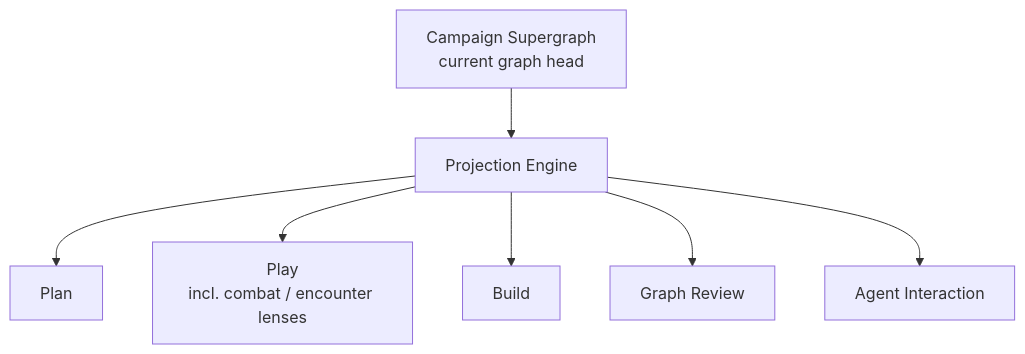
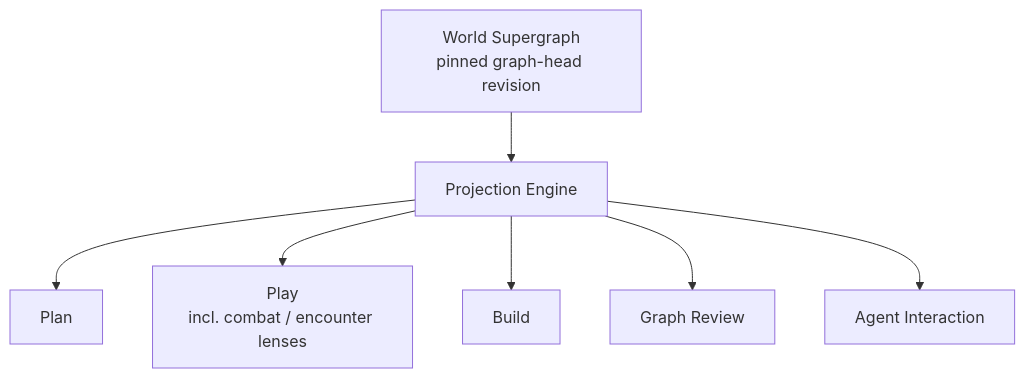
The second of 2 diagrams in Docs/Design/ARCHITECTURE-campaign-supergraph.md (Drakosfire/DungeonMindBuddy), drawn with Mermaid before and after one commit. The commit also changed other lines of this file and 3 other files, not shown here.

````diff
--- a/Docs/Design/ARCHITECTURE-campaign-supergraph.md
+++ b/Docs/Design/ARCHITECTURE-campaign-supergraph.md
@@ -192,9 +368,9 @@
 ```mermaid
 flowchart TD
-  G[Campaign Supergraph<br/>current graph head] --> P[Projection Engine]
+  G[World Supergraph<br/>pinned graph-head revision] --> P[Projection Engine]
   P --> Plan[Plan]
   P --> Play[Play<br/>incl. combat / encounter lenses]
   P --> Build[Build]
   P --> Review[Graph Review]
   P --> Agent[Agent Interaction]
 ```
````
